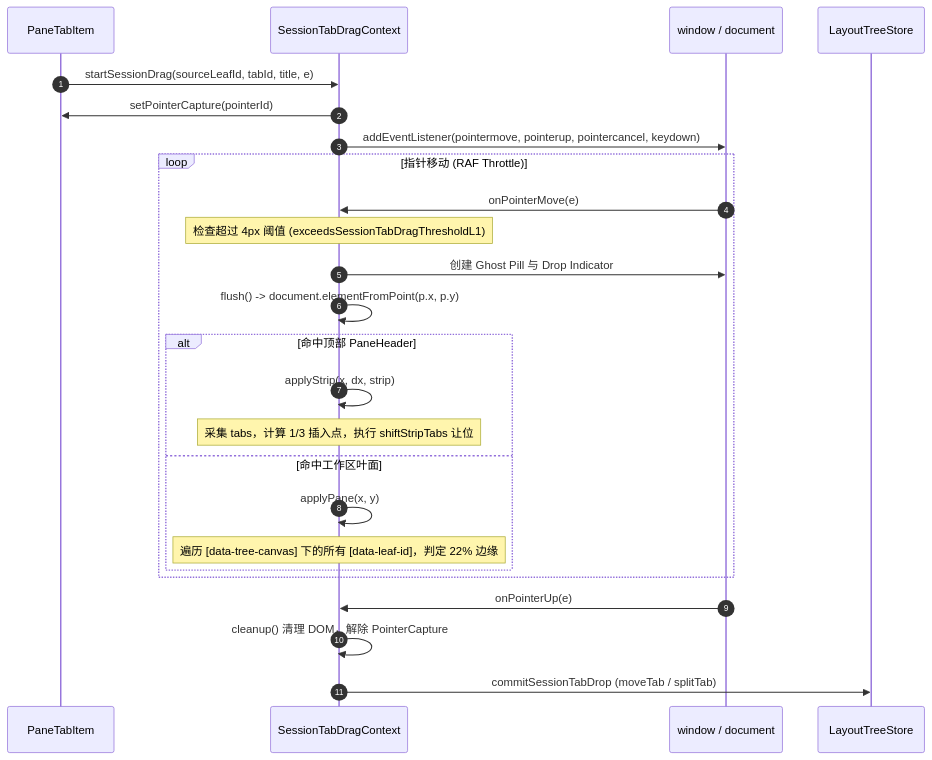
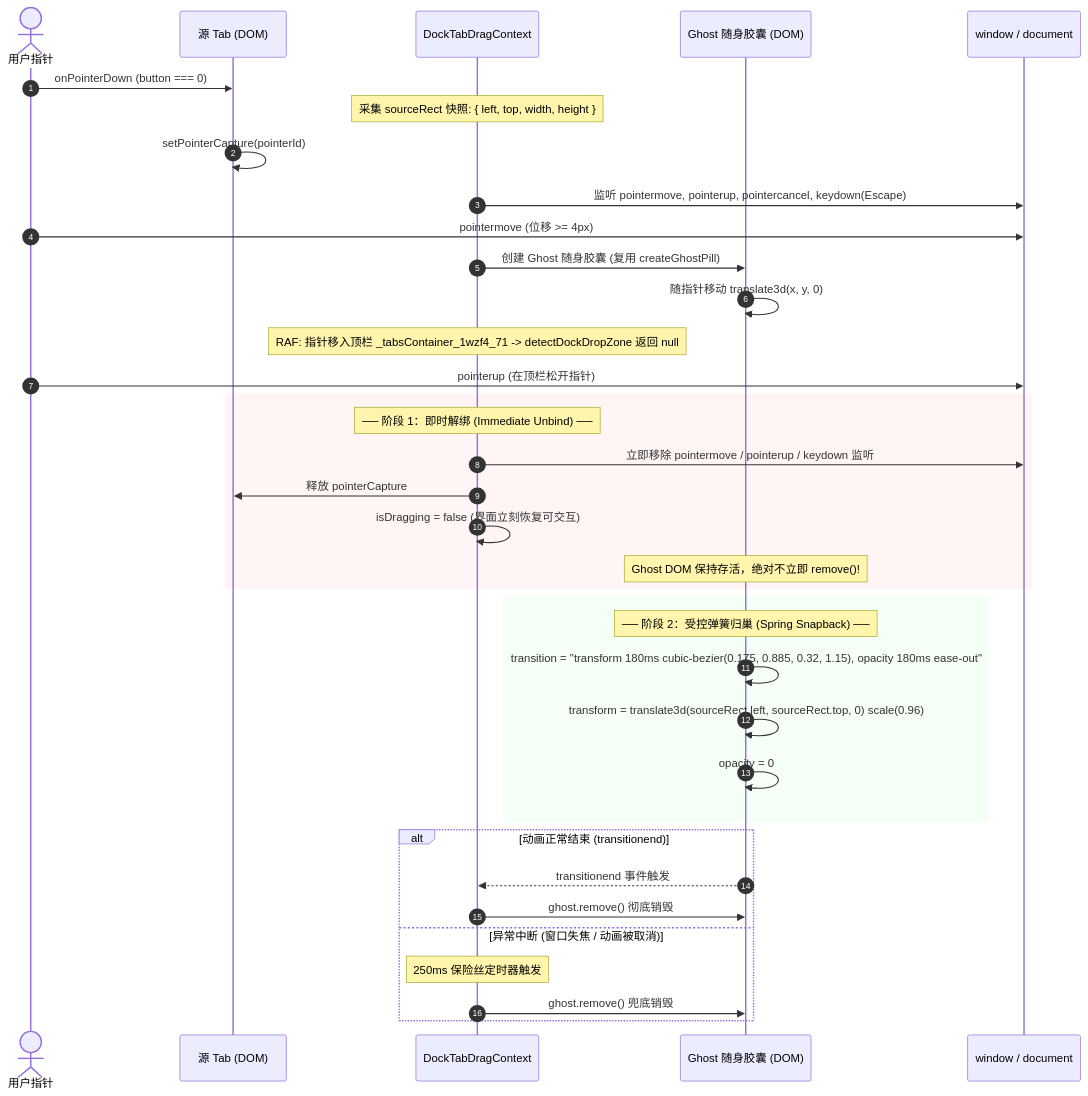
The second of 2 diagrams in docs/dock-split-system/analysis/04-拖拽体系与域隔离防线.md (atobelix/crish), drawn with Mermaid before and after one commit. The commit also changed other lines of this file and 98 other files, not shown here.

First line of the commit message:
feat(dock): land split dock topology, multi-pane runtime and standalone terminal [BATCH-DOCK-SPLIT]

````diff
--- a/docs/dock-split-system/analysis/04-拖拽体系与域隔离防线.md
+++ b/docs/dock-split-system/analysis/04-拖拽体系与域隔离防线.md
@@ -51,31 +315,44 @@
 ```mermaid
 sequenceDiagram
     autonumber
-    participant Tab as PaneTabItem
-    participant Ctx as SessionTabDragContext
-    participant Window as window / document
-    participant Tree as LayoutTreeStore
+    actor User as 用户指针
+    participant Tab as 源 Tab (DOM)
+    participant Ctx as DockTabDragContext
+    participant Ghost as Ghost 随身胶囊 (DOM)
+    participant Win as window / document
 
-    Tab->>Ctx: startSessionDrag(sourceLeafId, tabId, title, e)
-    Ctx->>Tab: setPointerCapture(pointerId)
-    Ctx->>Window: addEventListener(pointermove, pointerup, pointercancel, keydown)
+    User->>Tab: onPointerDown (button === 0)
+    Note over Ctx: 采集 sourceRect 快照: { left, top, width, height }
+    Tab->>Tab: setPointerCapture(pointerId)
+    Ctx->>Win: 监听 pointermove, pointerup, pointercancel, keydown(Escape)
+
+    User->>Win: pointermove (位移 >= 4px)
+    Ctx->>Ghost: 创建 Ghost 随身胶囊 (复用 createGhostPill)
+    Ghost->>Ghost: 随指针移动 translate3d(x, y, 0)
+    Note over Ctx: RAF: 指针移入顶栏 _tabsContainer_1wzf4_71 -> detectDockDropZone 返回 null
+
+    User->>Win: pointerup (在顶栏松开指针)
     
-    loop 指针移动 (RAF Throttle)
-        Window->>Ctx: onPointerMove(e)
-        Note over Ctx: 检查超过 4px 阈值 (exceedsSessionTabDragThresholdL1)
-        Ctx->>Window: 创建 Ghost Pill 与 Drop Indicator
-        Ctx->>Ctx: flush() -> document.elementFromPoint(p.x, p.y)
-        
-        alt 命中顶部 PaneHeader
-            Ctx->>Ctx: applyStrip(x, dx, strip)
-            Note over Ctx: 采集 tabs，计算 1/3 插入点，执行 shiftStripTabs 让位
-        else 命中工作区叶面
-            Ctx->>Ctx: applyPane(x, y)
-            Note over Ctx: 遍历 [data-tree-canvas] 下的所有 [data-leaf-id]，判定 22% 边缘
-        end
+    rect rgb(255, 245, 245)
+    Note over Ctx: ── 阶段 1：即时解绑 (Immediate Unbind) ──
+    Ctx->>Win: 立即移除 pointermove / pointerup / keydown 监听
+    Ctx->>Tab: 释放 pointerCapture
+    Ctx->>Ctx: isDragging = false (界面立刻恢复可交互)
+    Note over Ghost: Ghost DOM 保持存活，绝对不立即 remove()!
     end
-    
-    Window->>Ctx: onPointerUp(e)
-    Ctx->>Ctx: cleanup() 清理 DOM，解除 PointerCapture
-    Ctx->>Tree: commitSessionTabDrop (moveTab / splitTab)
+
+    rect rgb(245, 255, 245)
+    Note over Ghost: ── 阶段 2：受控弹簧归巢 (Spring Snapback) ──
+    Ghost->>Ghost: transition = "transform 180ms cubic-bezier(0.175, 0.885, 0.32, 1.15), opacity 180ms ease-out"
+    Ghost->>Ghost: transform = translate3d(sourceRect.left, sourceRect.top, 0) scale(0.96)
+    Ghost->>Ghost: opacity = 0
+    end
+
+    alt 动画正常结束 (transitionend)
+        Ghost-->>Ctx: transitionend 事件触发
+        Ctx->>Ghost: ghost.remove() 彻底销毁
+    else 异常中断 (窗口失焦 / 动画被取消)
+        Note over Ctx: 250ms 保险丝定时器触发
+        Ctx->>Ghost: ghost.remove() 兜底销毁
+    end
 ```
````
